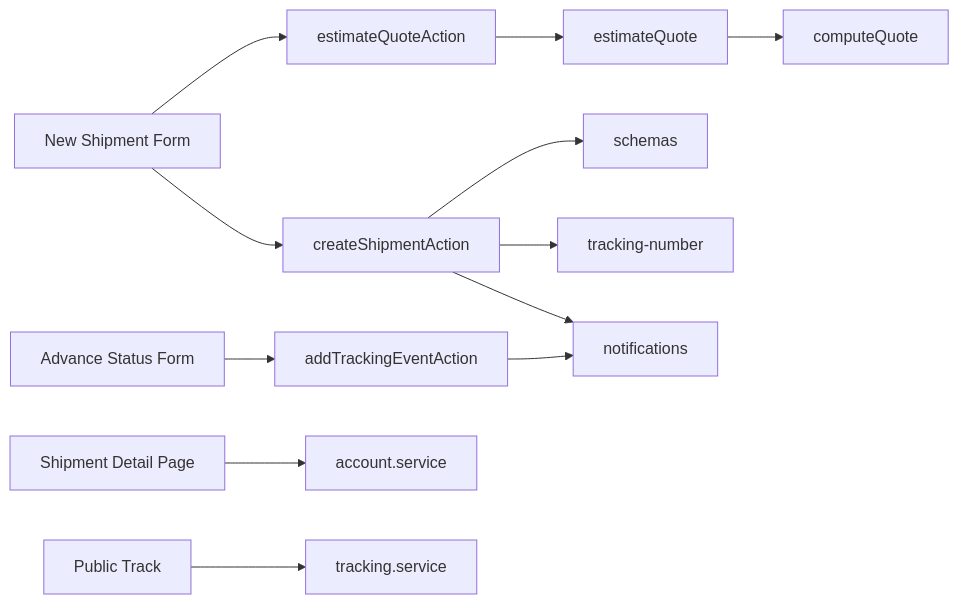
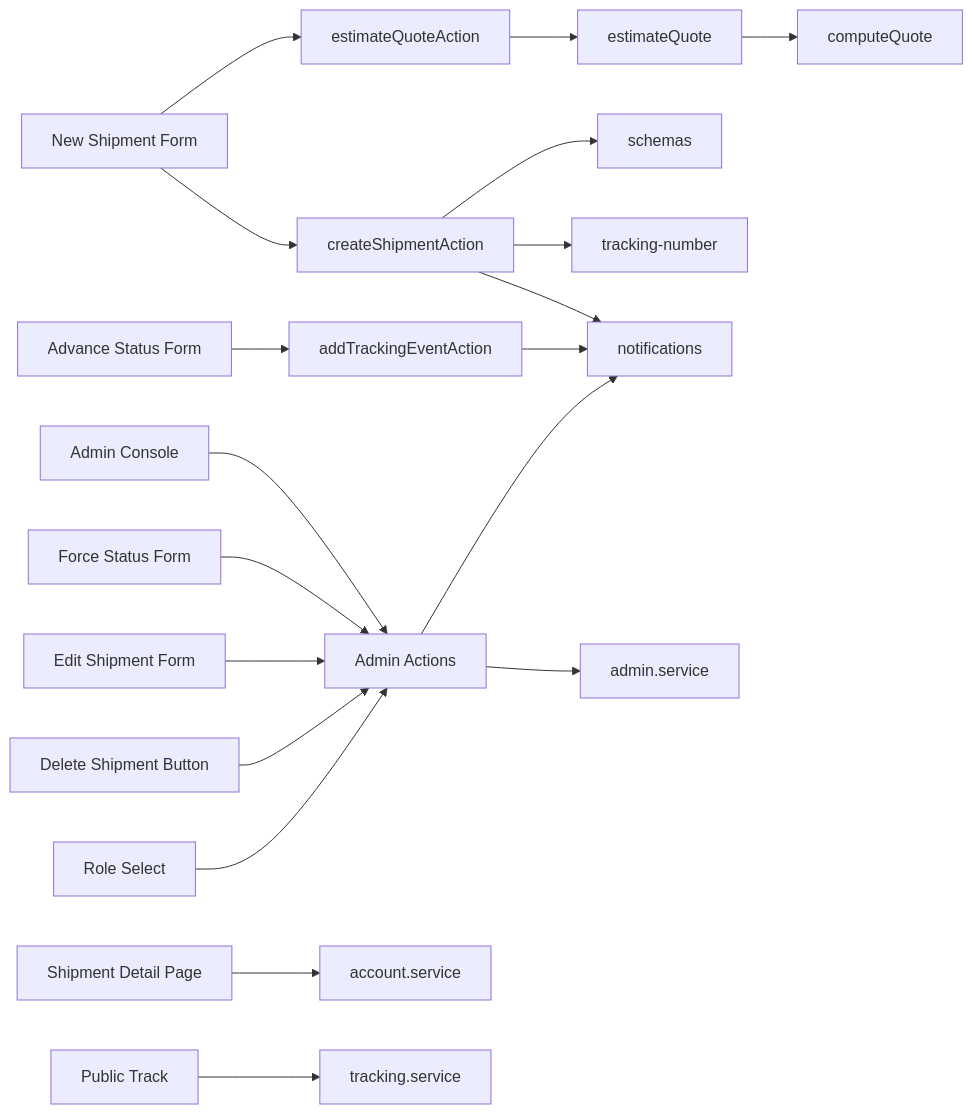
One commit to gyamposudodzi/Timberland changed diagram 15 of 15 in .qoder/repowiki/en/content/Shipment Management/Shipment Management.md. Above: the diagram before and after it, drawn with Mermaid. The commit also changed other lines of this file and 78 other files, not shown here.

````diff
--- a/.qoder/repowiki/en/content/Shipment Management/Shipment Management.md
+++ b/.qoder/repowiki/en/content/Shipment Management/Shipment Management.md
@@ -502,14 +701,21 @@
 ```mermaid
 graph LR
 Form["New Shipment Form"] --> QuoteAction["estimateQuoteAction"]
 Form --> CreateAction["createShipmentAction"]
 OpsForm["Advance Status Form"] --> OpsAction["addTrackingEventAction"]
+AdminConsole["Admin Console"] --> AdminActions["Admin Actions"]
+ForceStatus["Force Status Form"] --> AdminActions
+EditShipment["Edit Shipment Form"] --> AdminActions
+DeleteButton["Delete Shipment Button"] --> AdminActions
+RoleSelect["Role Select"] --> AdminActions
 QuoteAction --> Rating["estimateQuote"]
 Rating --> Pricing["computeQuote"]
 CreateAction --> Validation["schemas"]
 CreateAction --> TrackingNum["tracking-number"]
 CreateAction --> Notifs["notifications"]
 OpsAction --> Notifs["notifications"]
+AdminActions --> Notifs["notifications"]
+AdminActions --> AdminService["admin.service"]
 Detail["Shipment Detail Page"] --> AccountSvc["account.service"]
 PublicTrack["Public Track"] --> TrackingSvc["tracking.service"]
 ```
````
